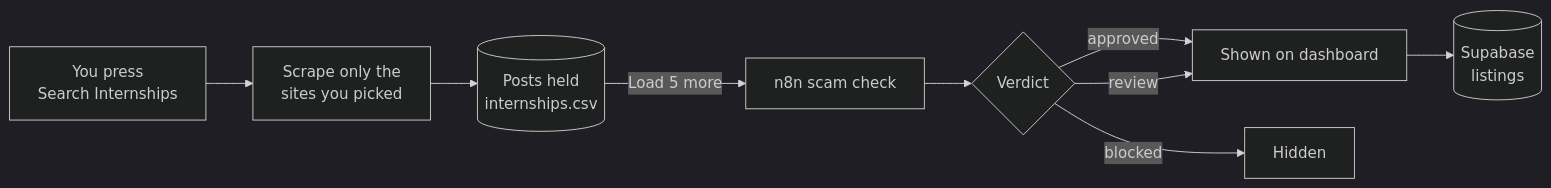
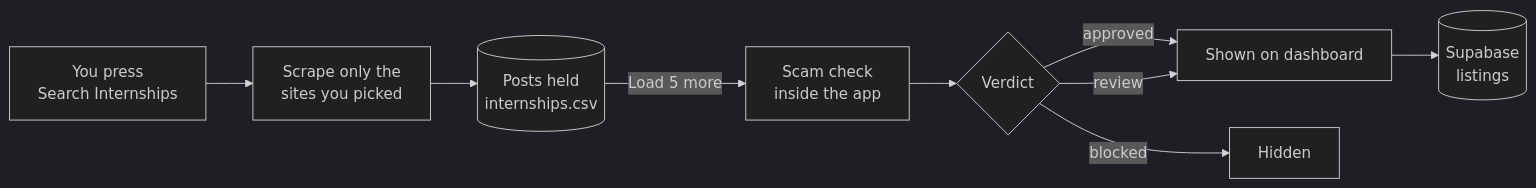
One commit to abhishekgoswami0720/InReal changed the diagram in README.md. Above: the diagram before and after it, drawn with Mermaid (dark theme). The commit also changed other lines of this file and 41 other files, not shown here.

First line of the commit message:
Remove n8n: the scam check runs only inside the app

````diff
--- a/README.md
+++ b/README.md
@@ -95,11 +95,11 @@
 ```mermaid
 flowchart LR
     A[You press<br/>Search Internships] --> B[Scrape only the<br/>sites you picked]
     B --> C[(Posts held<br/>internships.csv)]
-    C -->|Load 5 more| D[n8n scam check]
+    C -->|Load 5 more| D[Scam check<br/>inside the app]
     D --> E{Verdict}
     E -->|approved| F[Shown on dashboard]
     E -->|review| F
     E -->|blocked| G[Hidden]
     F --> H[(Supabase<br/>listings)]
 ```
````
